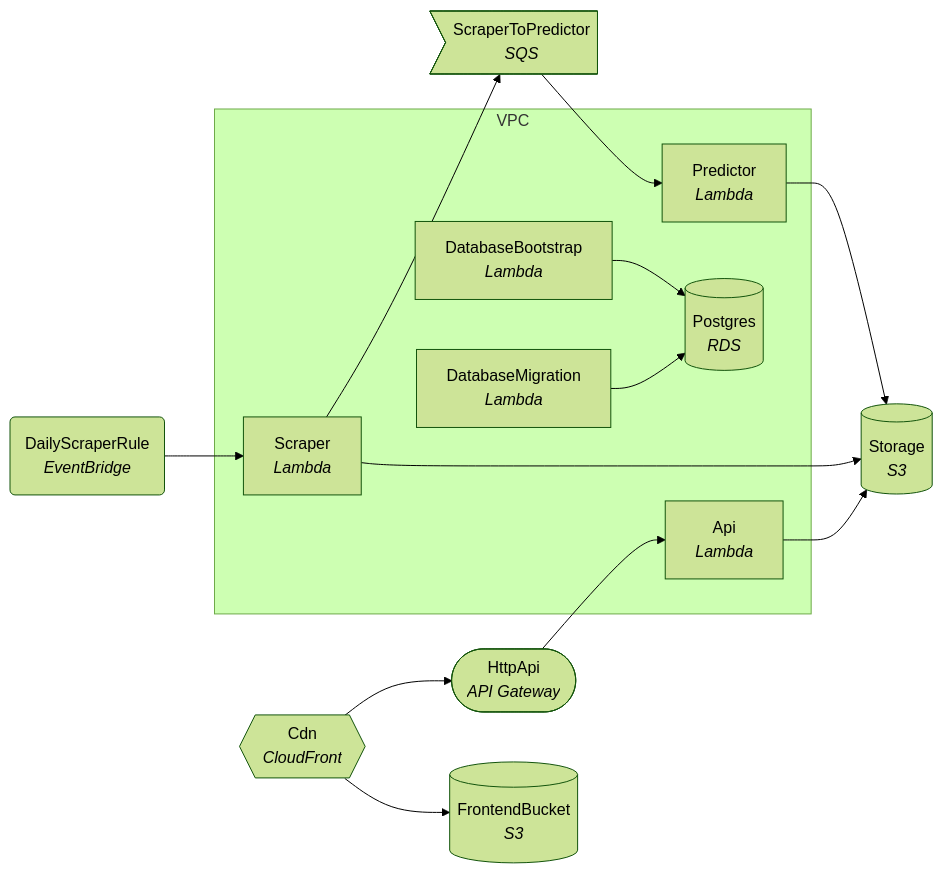
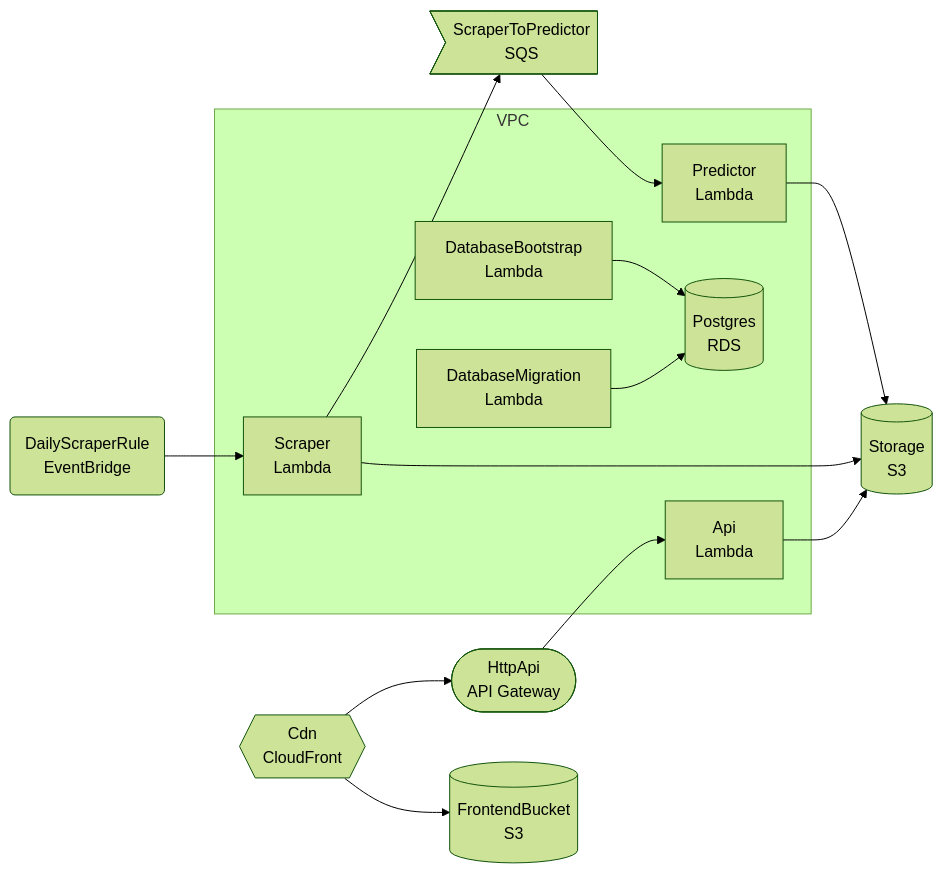
Before and after one commit to dagda1/match-predictor: the diagram in README.md, drawn with Mermaid (forest theme). The commit also changed 1 other file, not shown here.

Commit message:
chore: remove italic formatting from service labels in architecture diagram for cleaner visualization

````diff
--- a/README.md
+++ b/README.md
@@ -95,28 +95,28 @@
 ```mermaid
 graph LR
   subgraph VPC
-    ApiApiFunctionAA82C666["Api<br/><i>Lambda</i>"]
-    DatabaseBootstrapHandlerFunction53F1278C["DatabaseBootstrap<br/><i>Lambda</i>"]
-    DatabaseMigrationHandlerFunction71FE854B["DatabaseMigration<br/><i>Lambda</i>"]
-    DatabasePostgres277EF4CB[("Postgres<br/><i>RDS</i>")]
-    EtlFunctionsPredictorFunctionE33E3D43["Predictor<br/><i>Lambda</i>"]
-    EtlFunctionsScraperFunctionF099BA00["Scraper<br/><i>Lambda</i>"]
+    ApiApiFunctionAA82C666["Api<br/>Lambda"]
+    DatabaseBootstrapHandlerFunction53F1278C["DatabaseBootstrap<br/>Lambda"]
+    DatabaseMigrationHandlerFunction71FE854B["DatabaseMigration<br/>Lambda"]
+    DatabasePostgres277EF4CB[("Postgres<br/>RDS")]
+    EtlFunctionsPredictorFunctionE33E3D43["Predictor<br/>Lambda"]
+    EtlFunctionsScraperFunctionF099BA00["Scraper<br/>Lambda"]
   end
-  ApiHttpApi4C294DC0(["HttpApi<br/><i>API Gateway</i>"])
-  CdnDistribution149FA6C8{{"Cdn<br/><i>CloudFront</i>"}}
-  EventBridgeDailyScraperRule9BFD8304("DailyScraperRule<br/><i>EventBridge</i>")
-  QueuingScraperToPredictor12C65B00>"ScraperToPredictor<br/><i>SQS</i>"]
-  StorageBucket5CB7C8EA[("Storage<br/><i>S3</i>")]
-  StorageFrontendBucketC065FEEF[("FrontendBucket<br/><i>S3</i>")]
+  ApiHttpApi4C294DC0(["HttpApi<br/>API Gateway"])
+  CdnDistribution149FA6C8{{"Cdn<br/>CloudFront"}}
+  EventBridgeDailyScraperRule9BFD8304("DailyScraperRule<br/>EventBridge")
+  QueuingScraperToPredictor12C65B00>"ScraperToPredictor<br/>SQS"]
+  StorageBucket5CB7C8EA[("Storage<br/>S3")]
+  StorageFrontendBucketC065FEEF[("FrontendBucket<br/>S3")]
   ApiApiFunctionAA82C666 --> StorageBucket5CB7C8EA
   ApiHttpApi4C294DC0 --> ApiApiFunctionAA82C666
   CdnDistribution149FA6C8 --> ApiHttpApi4C294DC0
   CdnDistribution149FA6C8 --> StorageFrontendBucketC065FEEF
   DatabaseBootstrapHandlerFunction53F1278C --> DatabasePostgres277EF4CB
   DatabaseMigrationHandlerFunction71FE854B --> DatabasePostgres277EF4CB
   EtlFunctionsPredictorFunctionE33E3D43 --> StorageBucket5CB7C8EA
   EtlFunctionsScraperFunctionF099BA00 --> QueuingScraperToPredictor12C65B00
   EtlFunctionsScraperFunctionF099BA00 --> StorageBucket5CB7C8EA
   EventBridgeDailyScraperRule9BFD8304 --> EtlFunctionsScraperFunctionF099BA00
   QueuingScraperToPredictor12C65B00 --> EtlFunctionsPredictorFunctionE33E3D43
 ```
````
